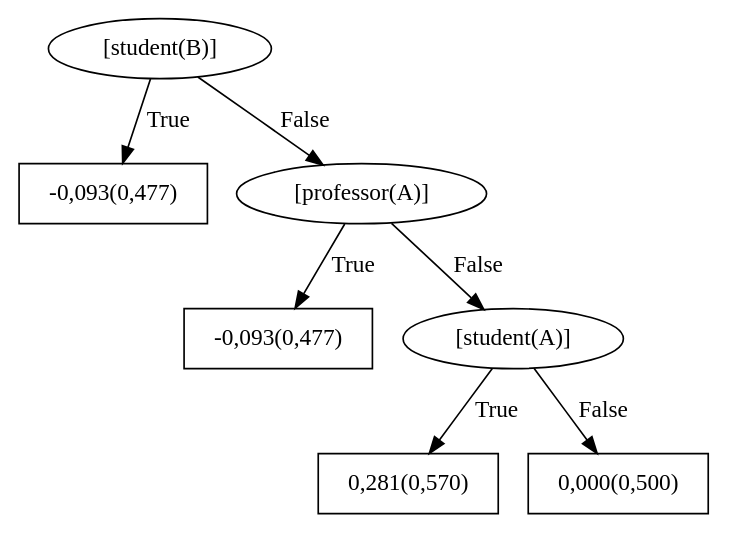
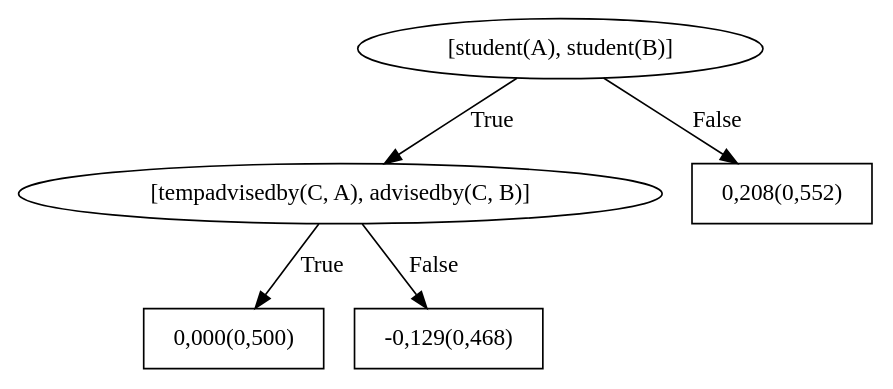
Before and after one commit to MeLLL-UFF/groot: the diagram in boostsrl/train/models/bRDNs/dotFiles/WILLTreeFor_advisedby4.dot, drawn with Graphviz. The commit also changed 67 other files, not shown here.

```diff
--- a/boostsrl/train/models/bRDNs/dotFiles/WILLTreeFor_advisedby4.dot
+++ b/boostsrl/train/models/bRDNs/dotFiles/WILLTreeFor_advisedby4.dot
@@ -1,15 +1,11 @@
 digraph G{ 
-1[label = "[student(B)]"];
+1[label = "[student(A), student(B)]"];
 1 -> 2[label="True"];
 1 -> 3[label="False"];
-2[shape = box,label = "-0,093(0,477)"];
-3[label = "[professor(A)]"];
-3 -> 4[label="True"];
-3 -> 5[label="False"];
-4[shape = box,label = "-0,093(0,477)"];
-5[label = "[student(A)]"];
-5 -> 6[label="True"];
-5 -> 7[label="False"];
-6[shape = box,label = "0,281(0,570)"];
-7[shape = box,label = "0,000(0,500)"];
+2[label = "[tempadvisedby(C, A), advisedby(C, B)]"];
+2 -> 4[label="True"];
+2 -> 5[label="False"];
+4[shape = box,label = "0,000(0,500)"];
+5[shape = box,label = "-0,129(0,468)"];
+3[shape = box,label = "0,208(0,552)"];
 }
```
